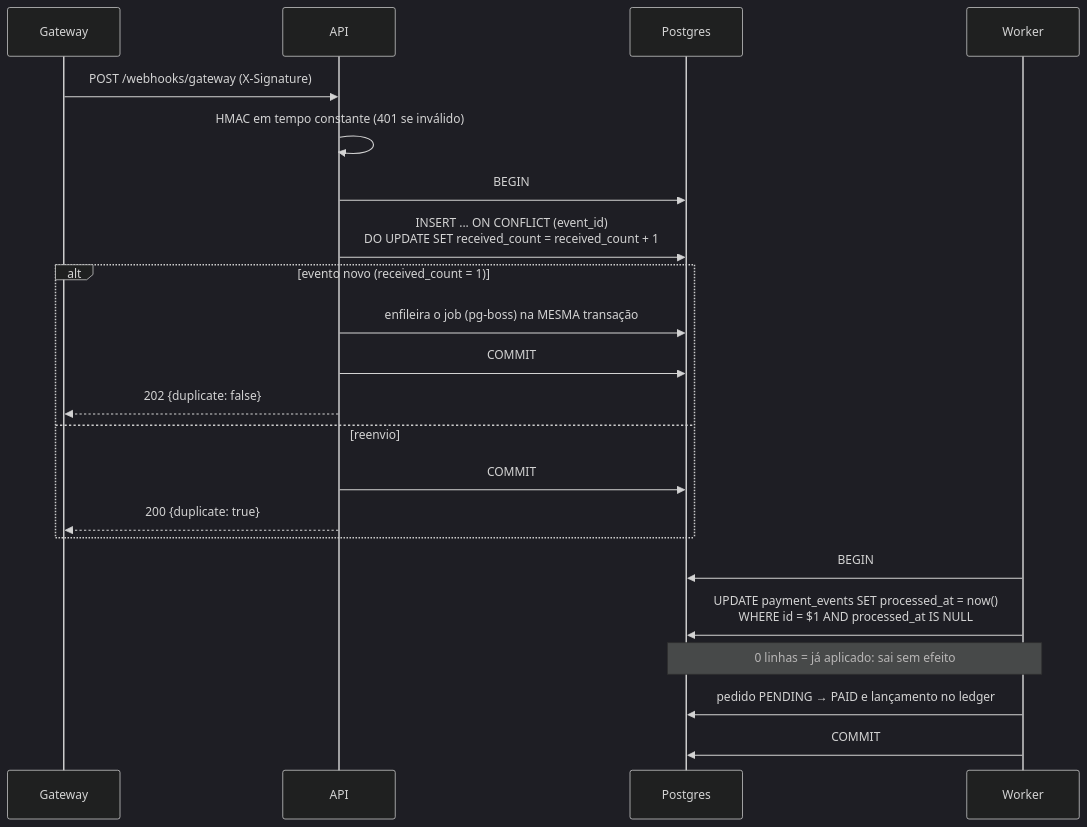
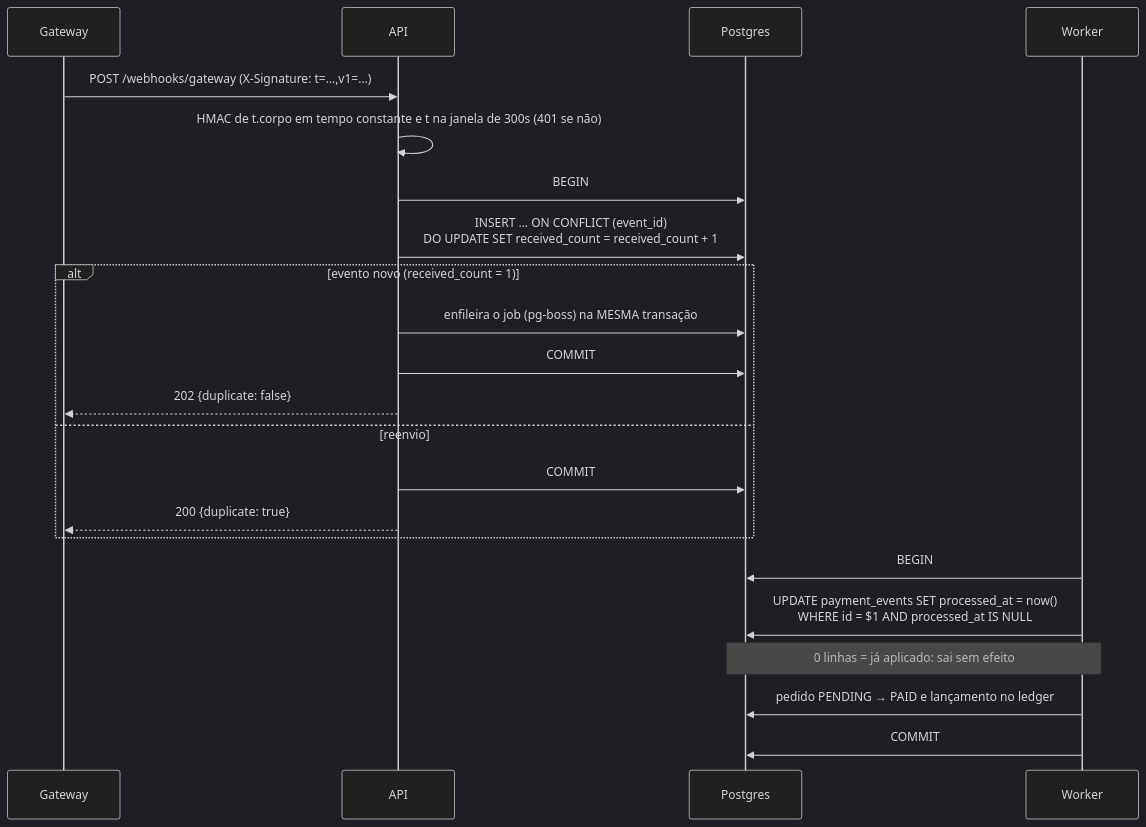
The second of 3 diagrams in README.md (devBandeiraa/reconcilia), drawn with Mermaid (dark theme) before and after one commit. The commit also changed other lines of this file and 10 other files, not shown here.

````diff
--- a/README.md
+++ b/README.md
@@ -207,24 +223,24 @@
 ```mermaid
 sequenceDiagram
   participant G as Gateway
   participant A as API
   participant DB as Postgres
   participant W as Worker
-  G->>A: POST /webhooks/gateway (X-Signature)
-  A->>A: HMAC em tempo constante (401 se inválido)
+  G->>A: POST /webhooks/gateway (X-Signature: t=…,v1=…)
+  A->>A: HMAC de t.corpo em tempo constante e t na janela de 300s (401 se não)
   A->>DB: BEGIN
   A->>DB: INSERT ... ON CONFLICT (event_id)<br/>DO UPDATE SET received_count = received_count + 1
   alt evento novo (received_count = 1)
     A->>DB: enfileira o job (pg-boss) na MESMA transação
     A->>DB: COMMIT
     A-->>G: 202 {duplicate: false}
   else reenvio
     A->>DB: COMMIT
     A-->>G: 200 {duplicate: true}
   end
   W->>DB: BEGIN
   W->>DB: UPDATE payment_events SET processed_at = now()<br/>WHERE id = $1 AND processed_at IS NULL
   Note over W,DB: 0 linhas = já aplicado: sai sem efeito
   W->>DB: pedido PENDING → PAID e lançamento no ledger
   W->>DB: COMMIT
 ```
````
